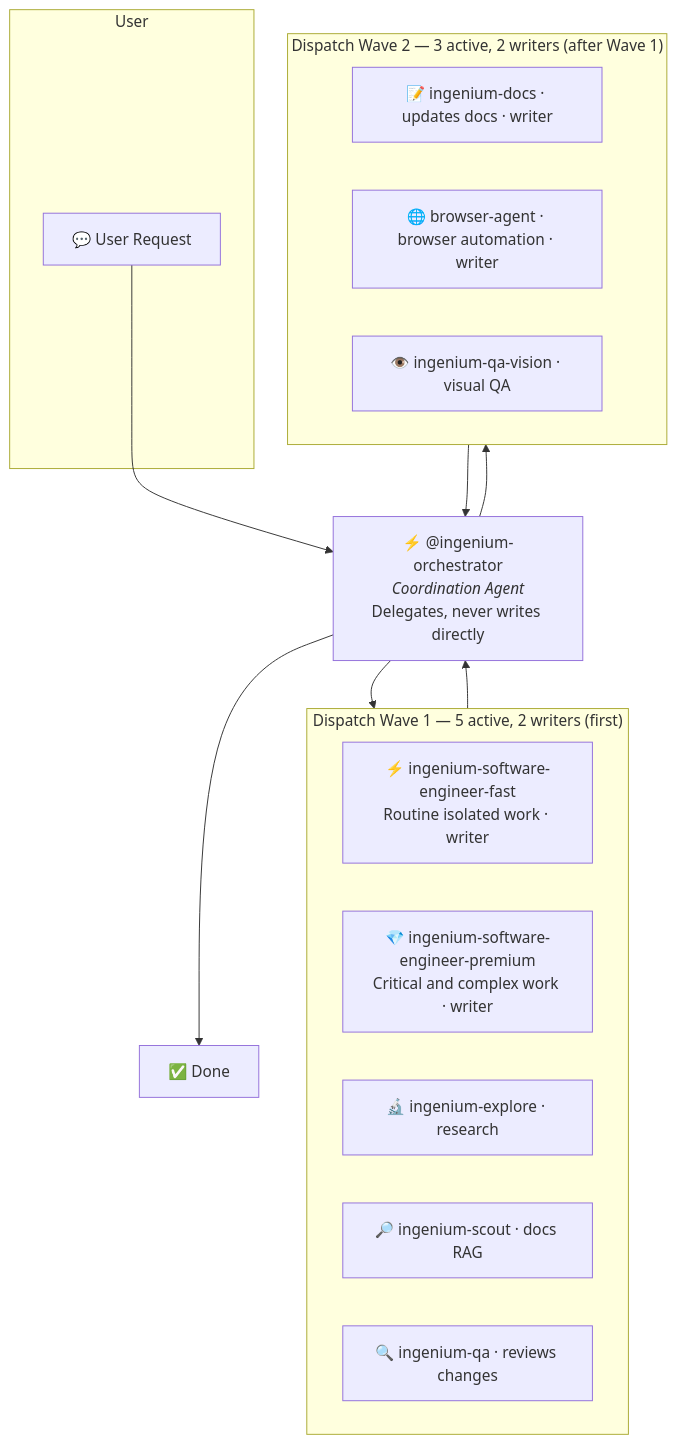
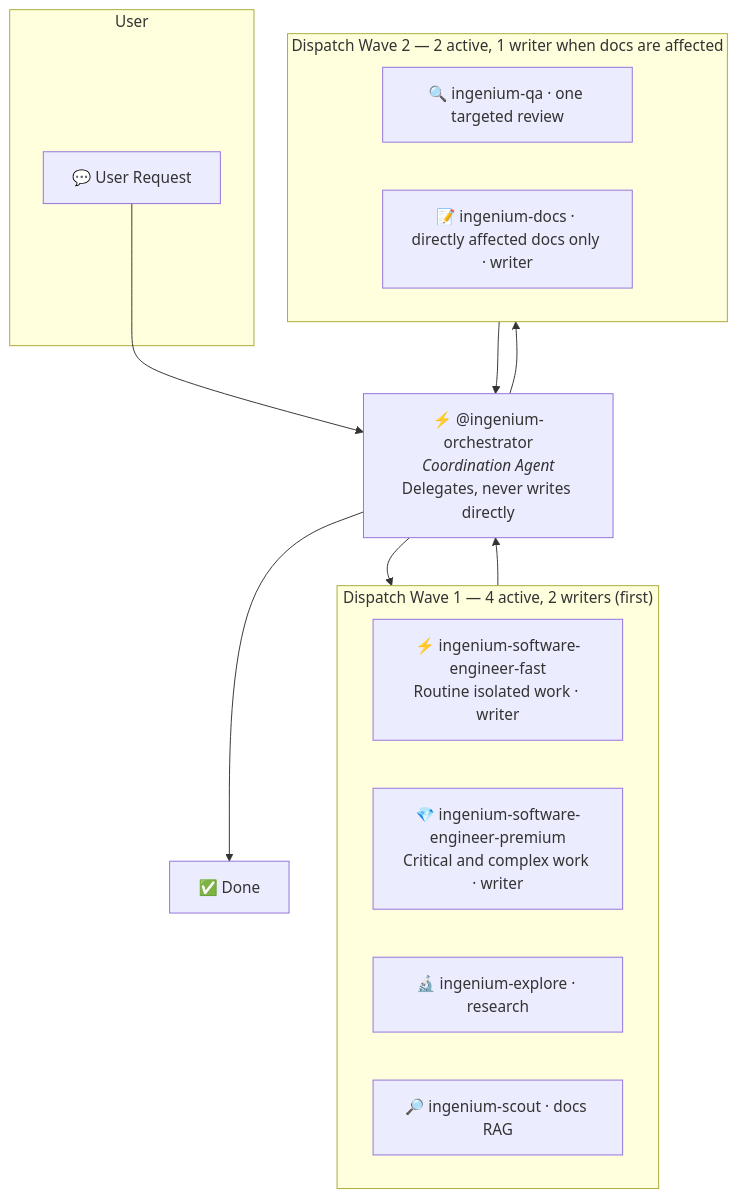
Before and after one commit to jtmb/ingenium: the first of 2 diagrams in docs/configure/agents.md, drawn with Mermaid. The commit also changed other lines of this file and 96 other files, not shown here.

````diff
--- a/docs/configure/agents.md
+++ b/docs/configure/agents.md
@@ -24,28 +37,26 @@
 ```mermaid
 flowchart TB
     subgraph User
         REQ["💬 User Request"]
     end
 
     REQ --> ORCH["⚡ @ingenium-orchestrator<br/><i>Coordination Agent</i><br/>Delegates, never writes directly"]
 
-    subgraph Wave1["Dispatch Wave 1 — 5 active, 2 writers (first)"]
+    subgraph Wave1["Dispatch Wave 1 — 4 active, 2 writers (first)"]
         FAST["⚡ ingenium-software-engineer-fast<br/>Routine isolated work · writer"]
         PREM["💎 ingenium-software-engineer-premium<br/>Critical and complex work · writer"]
         EXPLORE["🔬 ingenium-explore · research"]
         SCOUT["🔎 ingenium-scout · docs RAG"]
-        QA["🔍 ingenium-qa · reviews changes"]
     end
 
-    subgraph Wave2["Dispatch Wave 2 — 3 active, 2 writers (after Wave 1)"]
-        DOCS["📝 ingenium-docs · updates docs · writer"]
-        BROWSER["🌐 browser-agent · browser automation · writer"]
-        VISION["👁️ ingenium-qa-vision · visual QA"]
+    subgraph Wave2["Dispatch Wave 2 — 2 active, 1 writer when docs are affected"]
+        QA["🔍 ingenium-qa · one targeted review"]
+        DOCS["📝 ingenium-docs · directly affected docs only · writer"]
     end
 
     ORCH --> Wave1
     Wave1 --> ORCH
     ORCH --> Wave2
     Wave2 --> ORCH
     ORCH --> DONE["✅ Done"]
 ```
````
